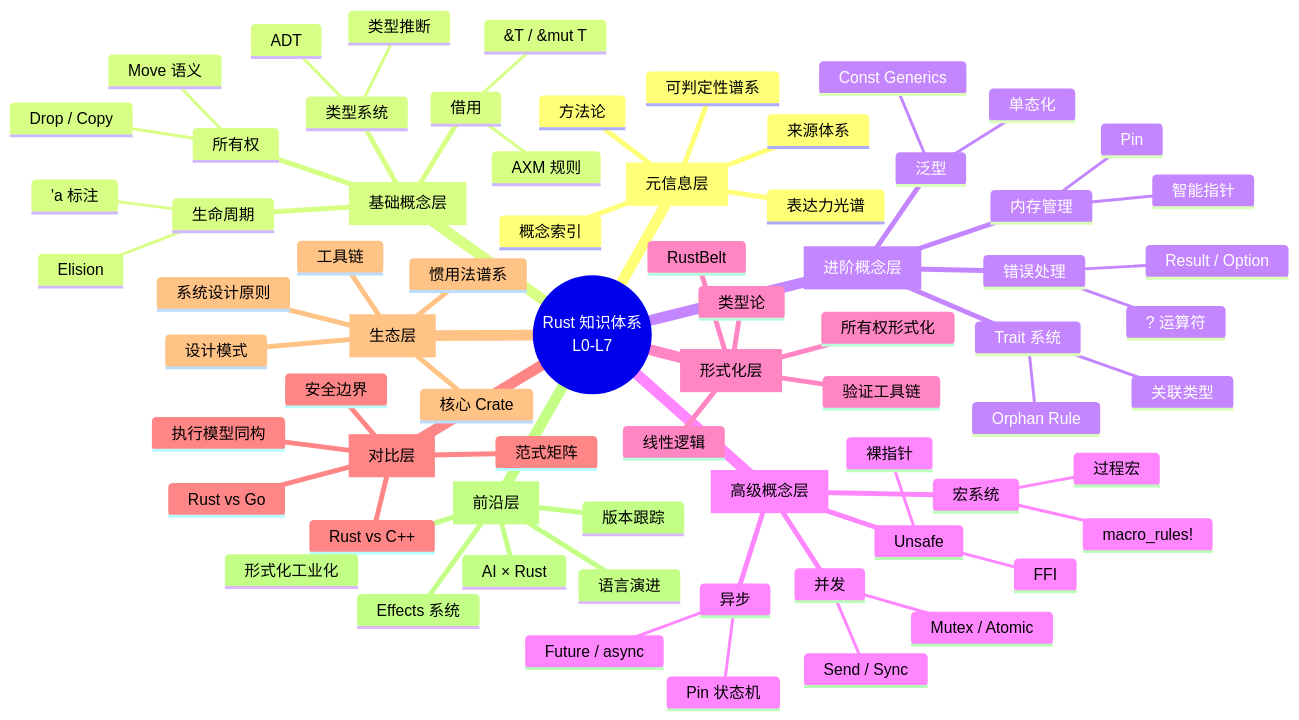
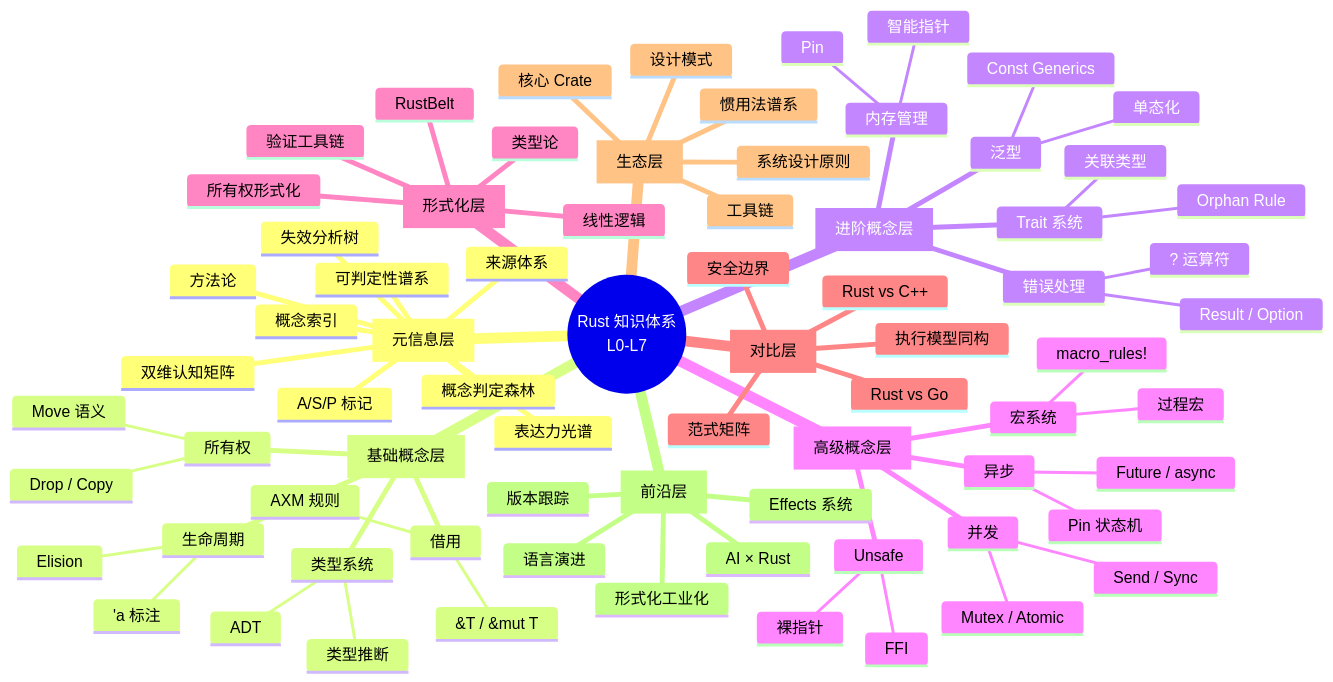
The first of 2 diagrams in concept/00_meta/knowledge_mindmap.md (martin-ly/rust-lang), drawn with Mermaid before and after one commit. The commit also changed 65 other files, not shown here.

```diff
--- a/concept/00_meta/knowledge_mindmap.md
+++ b/concept/00_meta/knowledge_mindmap.md
@@ -43,6 +43,10 @@
       概念索引
       可判定性谱系
       表达力光谱
+      双维认知矩阵
+      A/S/P 标记
+      概念判定森林
+      失效分析树
     L1[基础概念层]
       ::icon(fa fa-cube)
       所有权
```
